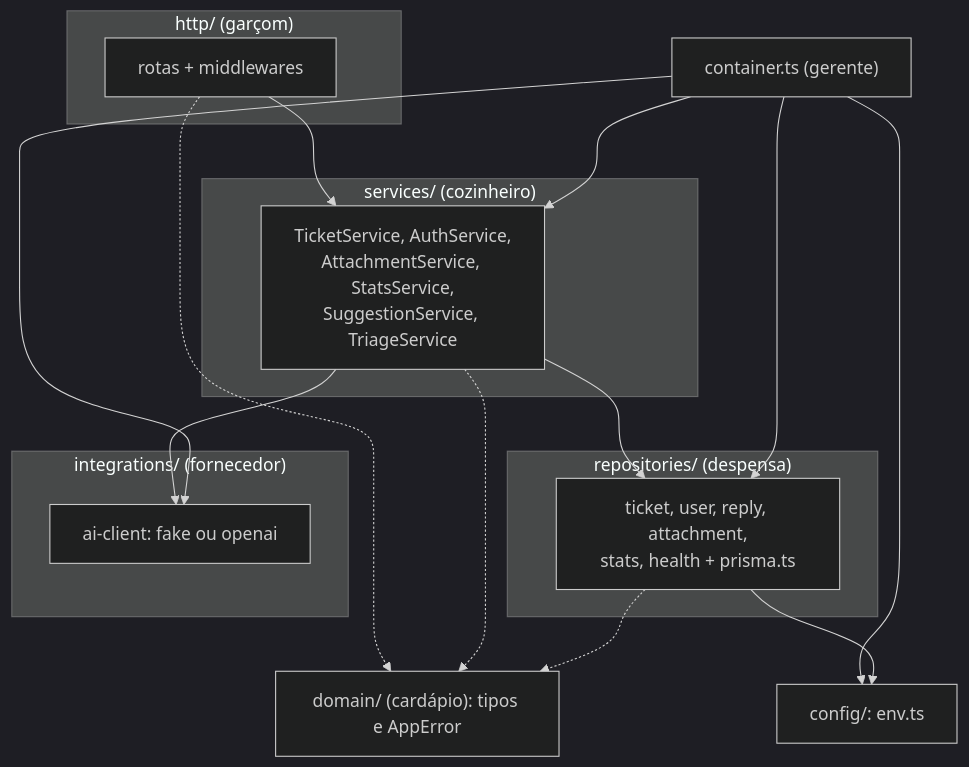
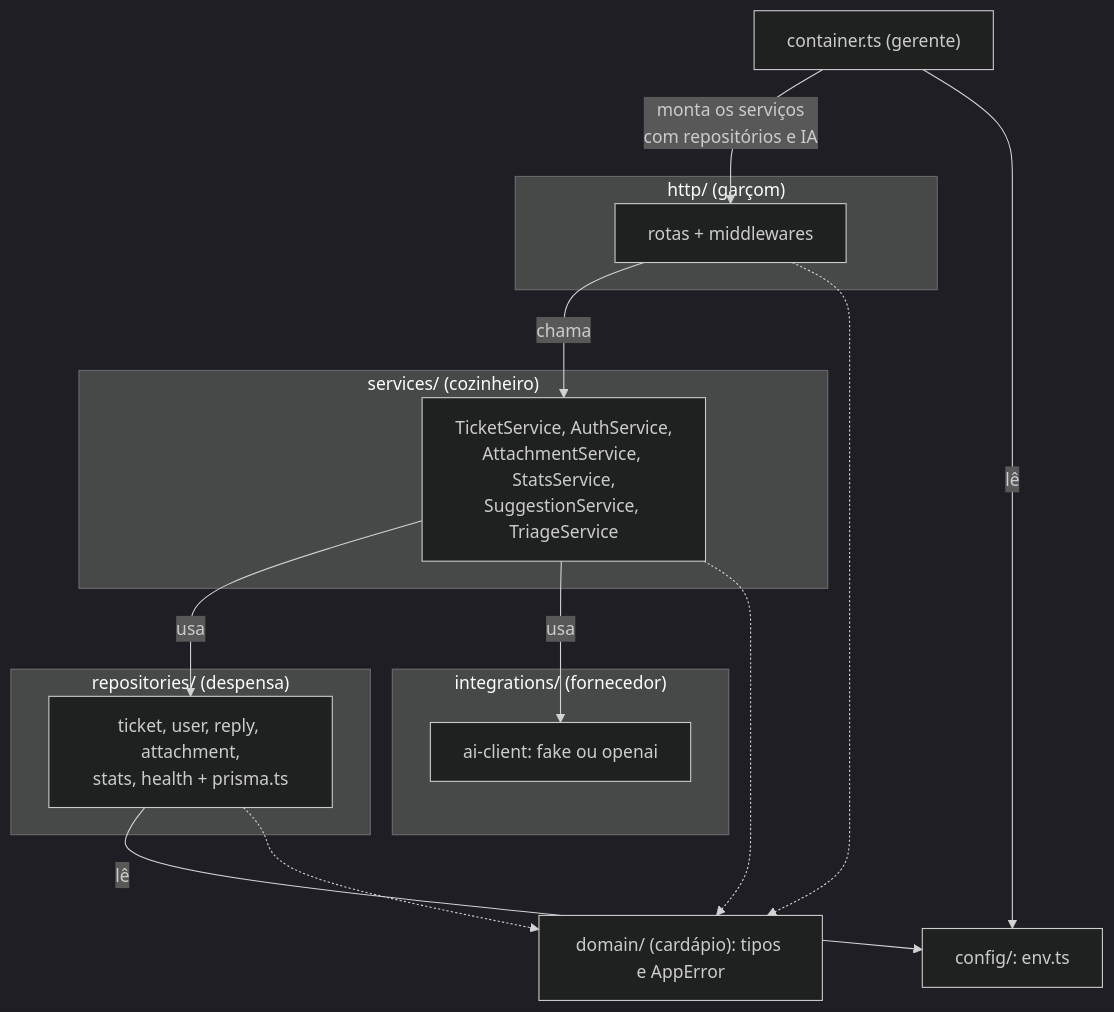
One commit to aeciopires/mba-ia-desafio-harness-legado changed the second of 6 diagrams in docs/arquitetura.md. Above: the diagram before and after it, drawn with Mermaid (dark theme). The commit also changed other lines of this file and 2 other files, not shown here.

Commit message:
docs: diagramas Mermaid revisados com o mermaid-cli (rótulos sobrepostos, quebras e setas)

````diff
--- a/docs/arquitetura.md
+++ b/docs/arquitetura.md
@@ -63,30 +63,28 @@
 ```mermaid
 flowchart TB
   subgraph http["http/ (garçom)"]
     rotas[rotas + middlewares]
   end
   subgraph services["services/ (cozinheiro)"]
     regras[TicketService, AuthService,<br/>AttachmentService, StatsService,<br/>SuggestionService, TriageService]
   end
   subgraph repositories["repositories/ (despensa)"]
     repos[ticket, user, reply, attachment,<br/>stats, health + prisma.ts]
   end
   subgraph integrations["integrations/ (fornecedor)"]
     ia[ai-client: fake ou openai]
   end
   domain["domain/ (cardápio): tipos e AppError"]
   config["config/: env.ts"]
   container["container.ts (gerente)"]
 
-  rotas --> regras
-  regras --> repos
-  regras --> ia
-  container --> regras
-  container --> repos
-  container --> ia
-  container --> config
+  container -->|"monta os serviços<br/>com repositórios e IA"| rotas
+  rotas -->|chama| regras
+  regras -->|usa| repos
+  regras -->|usa| ia
+  repos -->|lê| config
+  container -->|lê| config
   rotas -.-> domain
   regras -.-> domain
   repos -.-> domain
-  repos --> config
 ```
````
